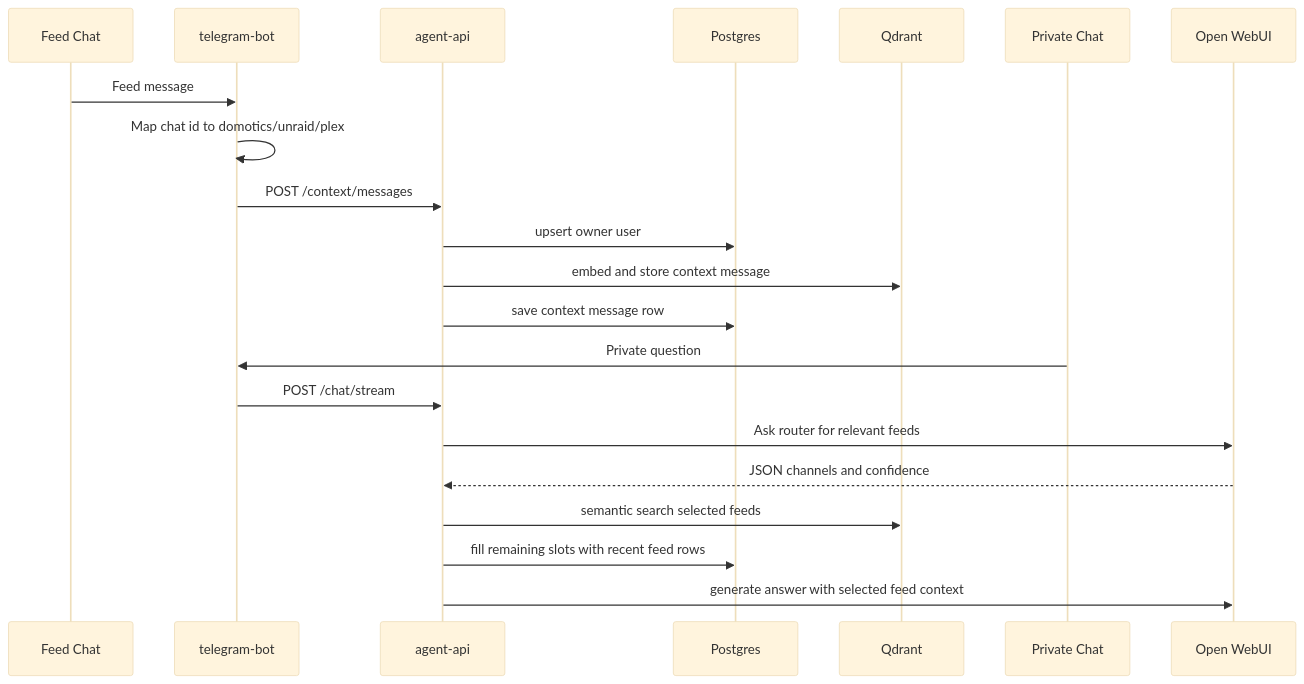
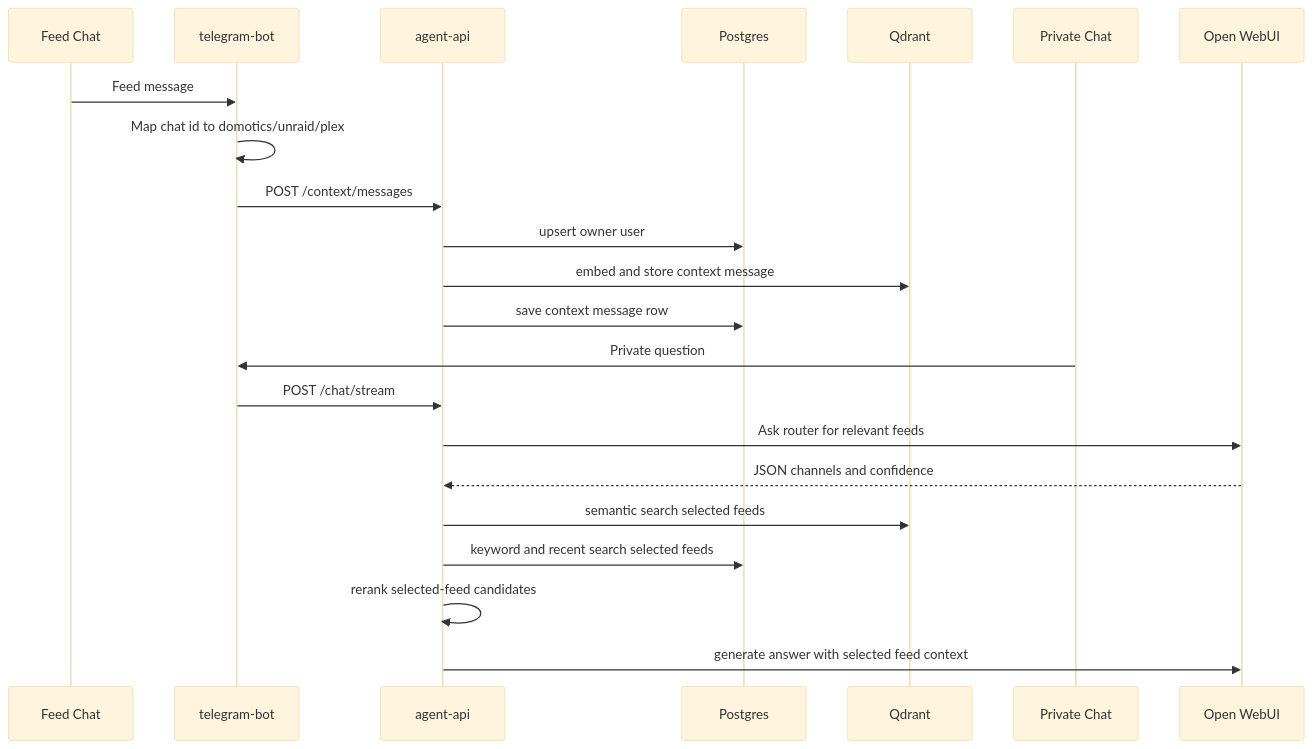
Before and after one commit to AlessiOrl/Codee_agent: the third of 3 diagrams in IMPLEMENTATION.md, drawn with Mermaid (base theme). The commit also changed other lines of this file and 11 other files, not shown here.

````diff
--- a/IMPLEMENTATION.md
+++ b/IMPLEMENTATION.md
@@ -242,25 +269,26 @@
 ```mermaid
 sequenceDiagram
     participant F as Feed Chat
     participant B as telegram-bot
     participant A as agent-api
     participant P as Postgres
     participant Q as Qdrant
     participant U as Private Chat
     participant O as Open WebUI
 
     F->>B: Feed message
     B->>B: Map chat id to domotics/unraid/plex
     B->>A: POST /context/messages
     A->>P: upsert owner user
     A->>Q: embed and store context message
     A->>P: save context message row
 
     U->>B: Private question
     B->>A: POST /chat/stream
     A->>O: Ask router for relevant feeds
     O-->>A: JSON channels and confidence
     A->>Q: semantic search selected feeds
-    A->>P: fill remaining slots with recent feed rows
+    A->>P: keyword and recent search selected feeds
+    A->>A: rerank selected-feed candidates
     A->>O: generate answer with selected feed context
 ```
````
